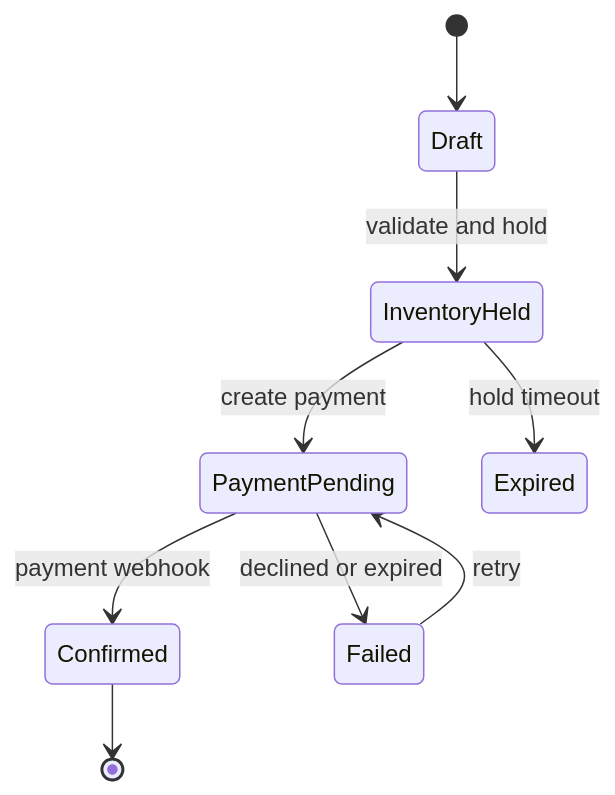
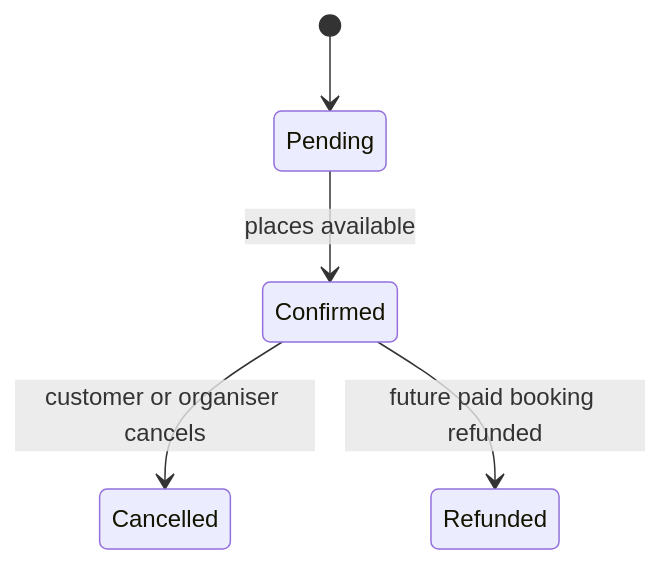
One commit to rathish24/dubaihikers changed the fourth of 5 diagrams in docs/architecture.md. Above: the diagram before and after it, drawn with Mermaid. The commit also changed other lines of this file and 32 other files, not shown here.

Commit message:
Add event registration flow

````diff
--- a/docs/architecture.md
+++ b/docs/architecture.md
@@ -199,11 +215,7 @@
 ```mermaid
 stateDiagram-v2
-    [*] --> Draft
-    Draft --> InventoryHeld: validate and hold
-    InventoryHeld --> PaymentPending: create payment
-    PaymentPending --> Confirmed: payment webhook
-    PaymentPending --> Failed: declined or expired
-    InventoryHeld --> Expired: hold timeout
-    Failed --> PaymentPending: retry
-    Confirmed --> [*]
+    [*] --> Pending
+    Pending --> Confirmed: places available
+    Confirmed --> Cancelled: customer or organiser cancels
+    Confirmed --> Refunded: future paid booking refunded
 ```
````
